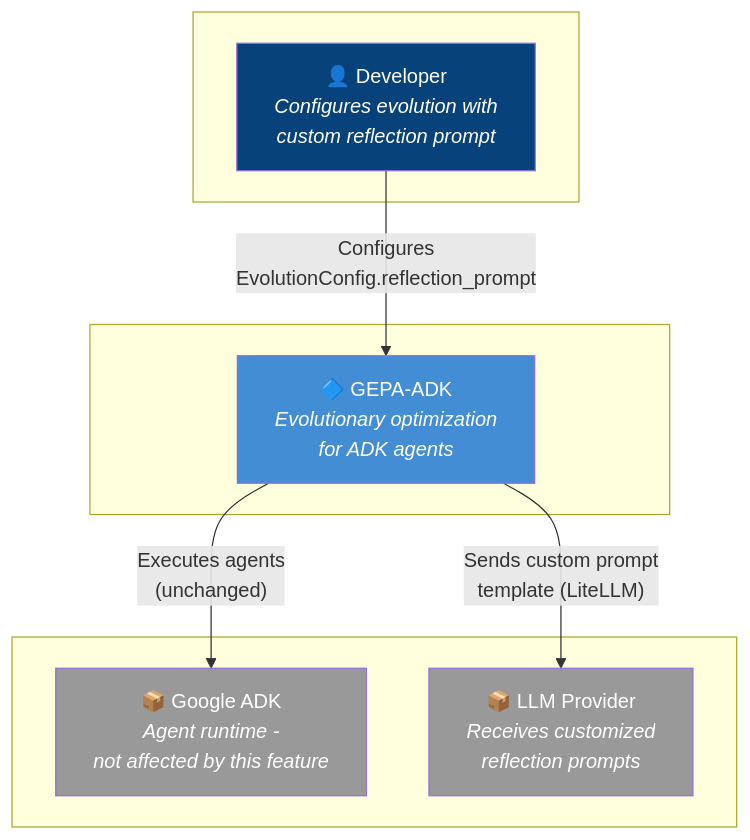
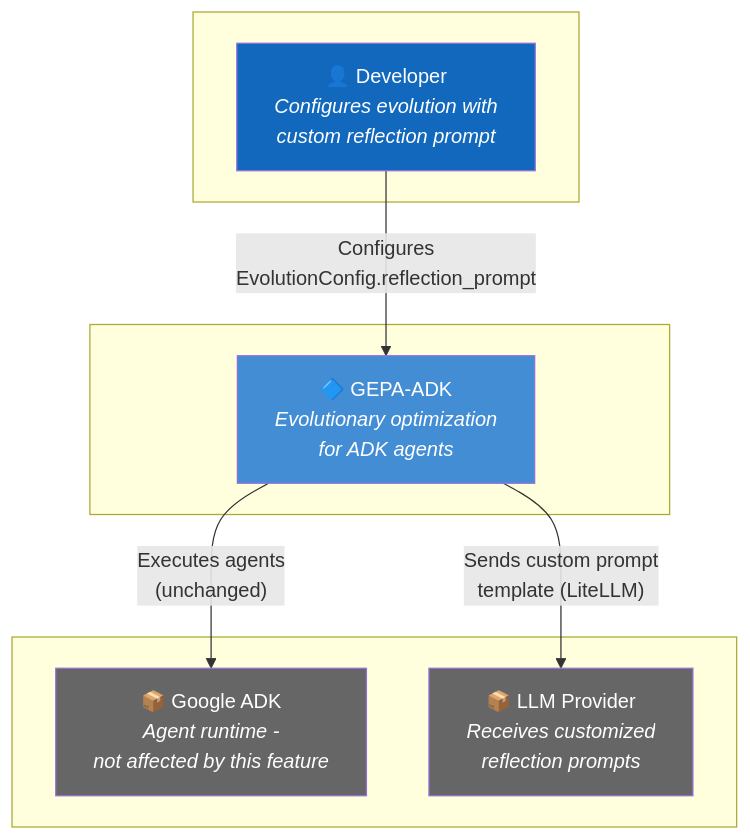
The first of 9 diagrams in specs/032-reflection-prompt-config/architecture.md (Alberto-Codes/gepa-adk), drawn with Mermaid before and after one commit. The commit also changed other lines of this file, not shown here.

Commit message:
feat(spec): update color styles in architecture diagrams for improved visibility

````diff
--- a/specs/032-reflection-prompt-config/architecture.md
+++ b/specs/032-reflection-prompt-config/architecture.md
@@ -53,24 +53,24 @@
 ```mermaid
 flowchart TB
     subgraph Actors[" "]
         user["👤 Developer<br/><i>Configures evolution with<br/>custom reflection prompt</i>"]
     end
 
     subgraph System[" "]
         gepa["🔷 GEPA-ADK<br/><i>Evolutionary optimization<br/>for ADK agents</i>"]
     end
 
     subgraph External[" "]
         adk["📦 Google ADK<br/><i>Agent runtime -<br/>not affected by this feature</i>"]
         llm["📦 LLM Provider<br/><i>Receives customized<br/>reflection prompts</i>"]
     end
 
     user -->|"Configures<br/>EvolutionConfig.reflection_prompt"| gepa
     gepa -->|"Sends custom prompt<br/>template (LiteLLM)"| llm
     gepa -->|"Executes agents<br/>(unchanged)"| adk
 
     style gepa fill:#438DD5,color:#fff
-    style adk fill:#999,color:#fff
-    style llm fill:#999,color:#fff
-    style user fill:#08427B,color:#fff
+    style adk fill:#666666,color:#fff
+    style llm fill:#666666,color:#fff
+    style user fill:#1168BD,color:#fff
 ```
````
